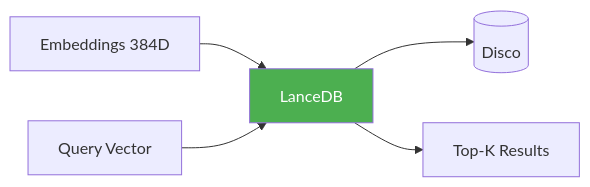
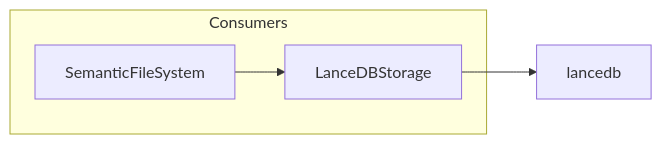
The diagram in docs/core/memory/storage.md (GAndreuu/Prototype-Alexandria), drawn with Mermaid before and after one commit. The commit also changed other lines of this file and 137 other files, not shown here.

First line of the commit message:
docs: update README, RESUMO_SISTEMA, STRUCTURE with current stats and mermaid diagrams

````diff
--- a/docs/core/memory/storage.md
+++ b/docs/core/memory/storage.md
@@ -17,9 +69,8 @@
 ```mermaid
 graph LR
-    Input[Embeddings 384D] --> LDB[LanceDB]
-    LDB --> Disk[(Disco)]
-    Query[Query Vector] --> LDB
-    LDB --> Results[Top-K Results]
+    LDB[LanceDBStorage] --> Lance[lancedb]
     
-    style LDB fill:#4CAF50,color:#fff
+    subgraph Consumers
+        SFS[SemanticFileSystem] --> LDB
+    end
 ```
````
